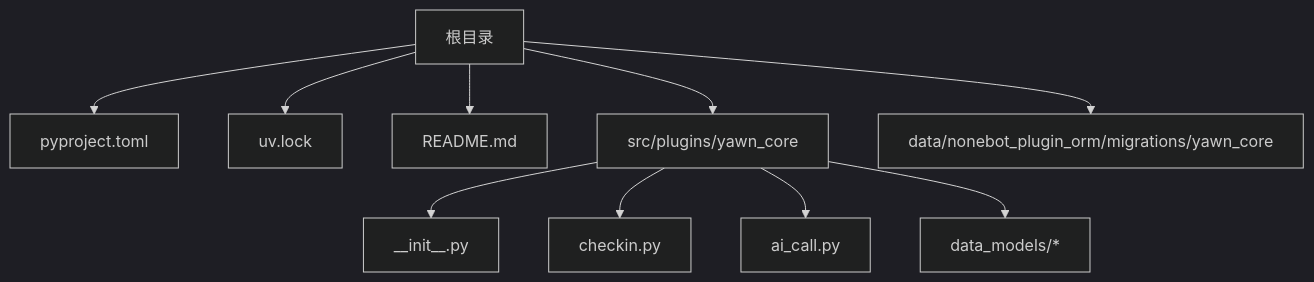
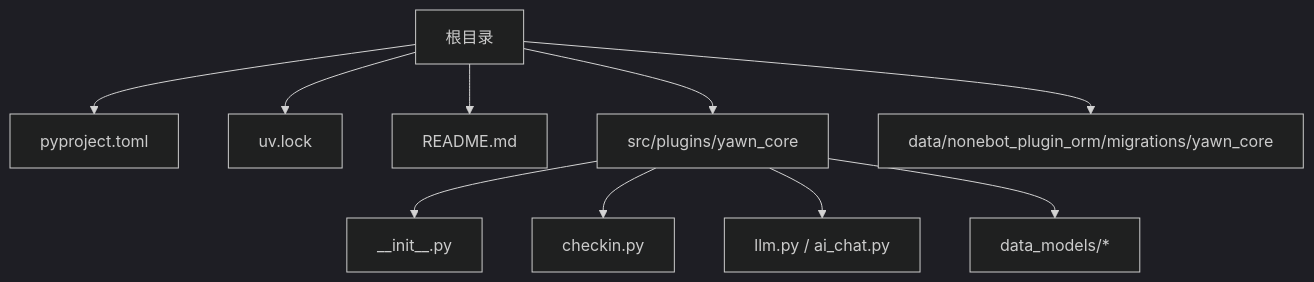
The first of 4 diagrams in .qoder/repowiki/zh/content/配置与部署.md (Wohaokunr/yawn_bot), drawn with Mermaid (dark theme) before and after one commit. The commit also changed other lines of this file and 9 other files, not shown here.

````diff
--- a/.qoder/repowiki/zh/content/配置与部署.md
+++ b/.qoder/repowiki/zh/content/配置与部署.md
@@ -50,12 +57,12 @@
 ```mermaid
 graph TB
 A["根目录"] --> B["pyproject.toml"]
 A --> C["uv.lock"]
 A --> D["README.md"]
 A --> E["src/plugins/yawn_core"]
 E --> E1["__init__.py"]
 E --> E2["checkin.py"]
-E --> E3["ai_call.py"]
+E --> E3["llm.py / ai_chat.py"]
 E --> E4["data_models/*"]
 A --> F["data/nonebot_plugin_orm/migrations/yawn_core"]
 ```
````
